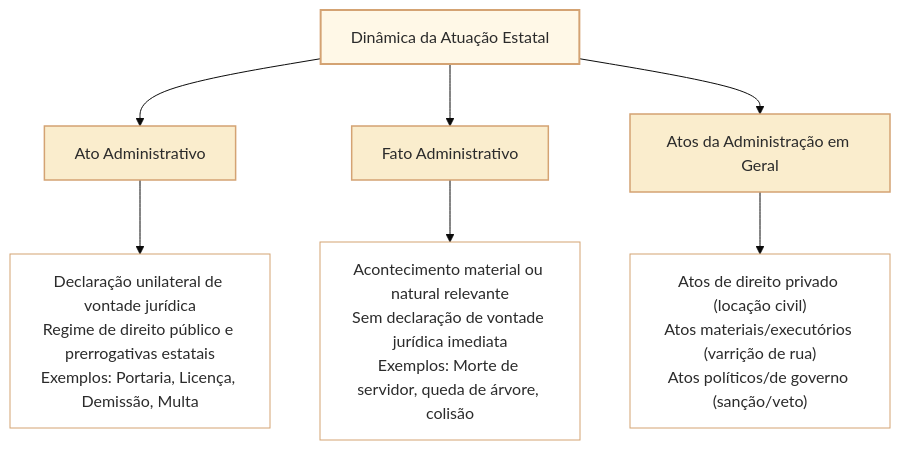
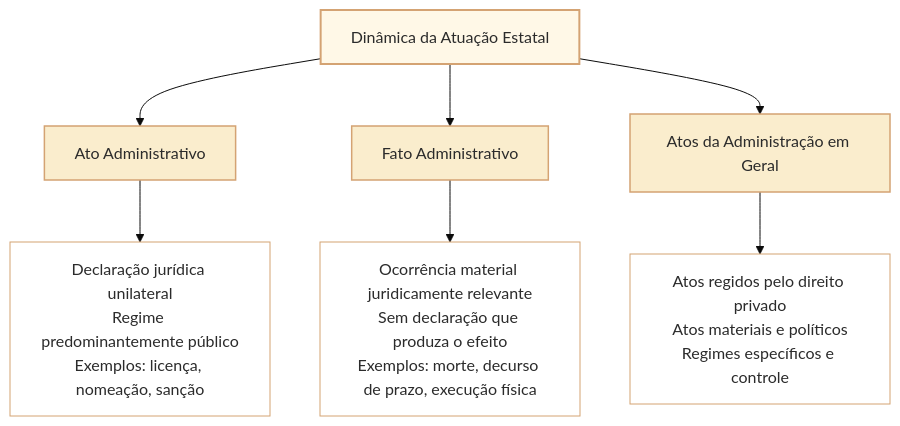
The diagram in 3 - Materias/Direito Administrativo/14 - ato administrativo conceito e distincao de fato administrativo.md (leorruas/concursos), drawn with Mermaid (base theme) before and after one commit. The commit also changed other lines of this file and 3 other files, not shown here.

````diff
--- a/3 - Materias/Direito Administrativo/14 - ato administrativo conceito e distincao de fato administrativo.md
+++ b/3 - Materias/Direito Administrativo/14 - ato administrativo conceito e distincao de fato administrativo.md
@@ -29,14 +28,14 @@
 ```mermaid
 graph TD
     classDef raiz fill:#fff8e7,stroke:#d4a373,stroke-width:2px,color:#2b2b2b;
     classDef criterio fill:#faedcd,stroke:#d4a373,stroke-width:1.5px,color:#2b2b2b;
     classDef opcao fill:#ffffff,stroke:#d4a373,stroke-width:1px,color:#2b2b2b;
 
     R["Dinâmica da Atuação Estatal"]:::raiz --> C1["Ato Administrativo"]:::criterio
     R --> C2["Fato Administrativo"]:::criterio
     R --> C3["Atos da Administração em Geral"]:::criterio
 
-    C1 --> O1["Declaração unilateral de vontade jurídica<br/>Regime de direito público e prerrogativas estatais<br/>Exemplos: Portaria, Licença, Demissão, Multa"]:::opcao
-    C2 --> O2["Acontecimento material ou natural relevante<br/>Sem declaração de vontade jurídica imediata<br/>Exemplos: Morte de servidor, queda de árvore, colisão"]:::opcao
-    C3 --> O3["Atos de direito privado (locação civil)<br/>Atos materiais/executórios (varrição de rua)<br/>Atos políticos/de governo (sanção/veto)"]:::opcao
+    C1 --> O1["Declaração jurídica unilateral<br/>Regime predominantemente público<br/>Exemplos: licença, nomeação, sanção"]:::opcao
+    C2 --> O2["Ocorrência material juridicamente relevante<br/>Sem declaração que produza o efeito<br/>Exemplos: morte, decurso de prazo, execução física"]:::opcao
+    C3 --> O3["Atos regidos pelo direito privado<br/>Atos materiais e políticos<br/>Regimes específicos e controle"]:::opcao
 ```
````
